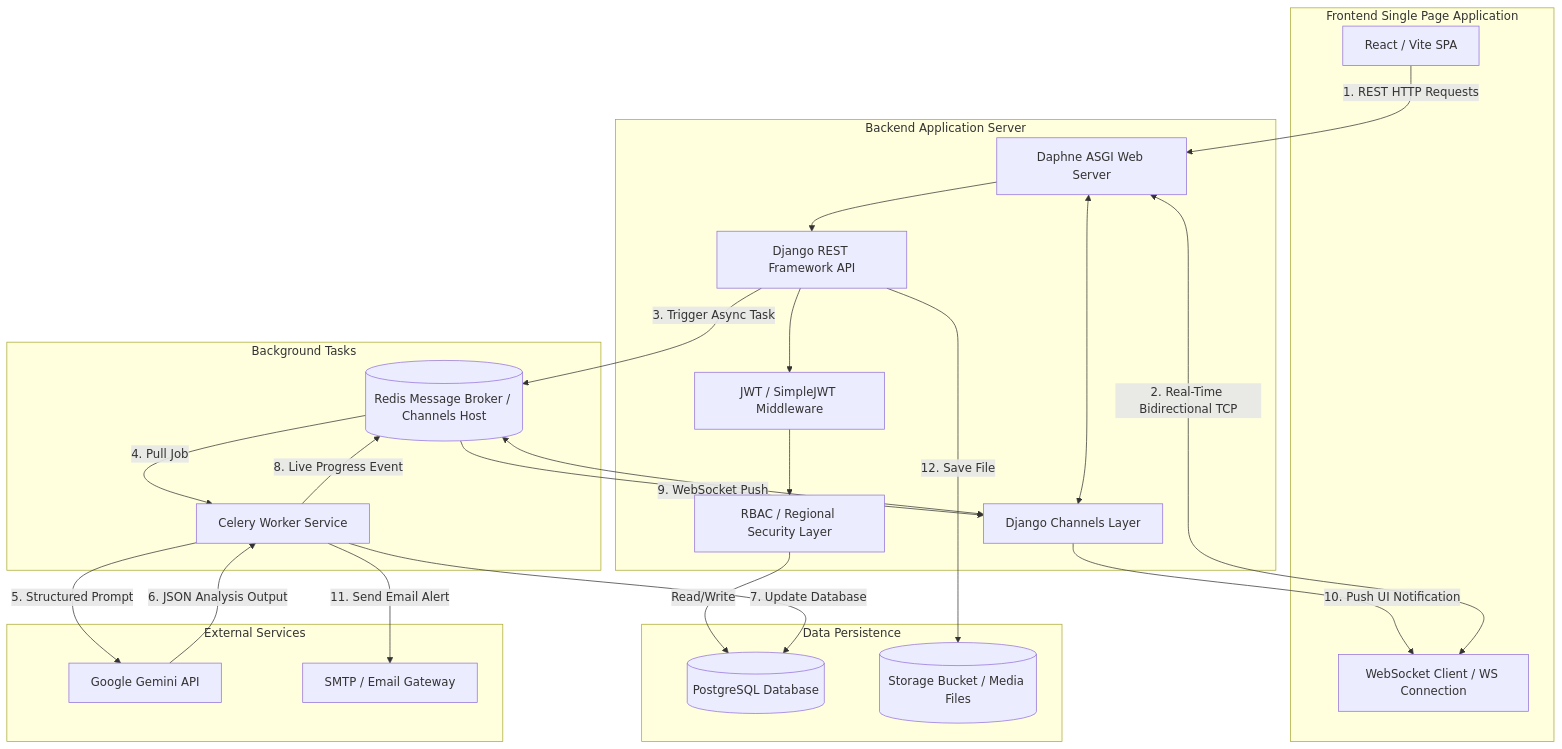
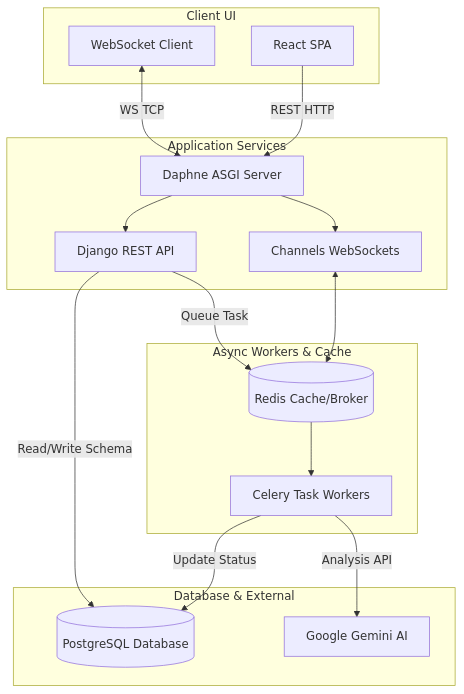
The diagram in systemDiscription.md (Umugisha01/SU-Final), drawn with Mermaid before and after one commit. The commit also changed other lines of this file and 148 other files, not shown here.

Commit message:
Save frontend and backend changes to save01

````diff
--- a/systemDiscription.md
+++ b/systemDiscription.md
@@ -11,54 +106,30 @@
 ```mermaid
 graph TD
-    subgraph Client [Frontend Single Page Application]
-        UI[React / Vite SPA]
-        WSClient[WebSocket Client / WS Connection]
+    subgraph Client [Client UI]
+        ReactUI[React SPA]
+        WebSocketConn[WebSocket Client]
     end
 
-    subgraph Server [Backend Application Server]
-        Daphne[Daphne ASGI Web Server]
-        DRF[Django REST Framework API]
-        Channels[Django Channels Layer]
-        Auth[JWT / SimpleJWT Middleware]
-        RBAC[RBAC / Regional Security Layer]
+    subgraph Service [Application Services]
+        DaphneASGI[Daphne ASGI Server]
+        DRF[Django REST API]
+        Channels[Channels WebSockets]
     end
 
-    subgraph Queue [Background Tasks]
-        Redis[(Redis Message Broker / Channels Host)]
-        Celery[Celery Worker Service]
+    subgraph Worker [Async Workers & Cache]
+        Redis[(Redis Cache/Broker)]
+        Celery[Celery Task Workers]
     end
 
-    subgraph Storage [Data Persistence]
-        DB[(PostgreSQL Database)]
-        LocalMedia[(Storage Bucket / Media Files)]
+    subgraph Database [Database & External]
+        PostgreSQL[(PostgreSQL Database)]
+        GeminiAPI[Google Gemini AI]
     end
 
-    subgraph LLM [External Services]
-        Gemini[Google Gemini API]
-        Email[SMTP / Email Gateway]
-    end
-
-    %% Communication Flows
-    UI -->|1. REST HTTP Requests| Daphne
-    Daphne --> DRF
-    DRF --> Auth
-    Auth --> RBAC
-    RBAC -->|Read/Write| DB
-    
-    WSClient <-->|2. Real-Time Bidirectional TCP| Daphne
-    Daphne <--> Channels
-    Channels <--> Redis
-    
-    DRF -->|3. Trigger Async Task| Redis
-    Redis -->|4. Pull Job| Celery
-    
-    Celery -->|5. Structured Prompt| Gemini
-    Gemini -->|6. JSON Analysis Output| Celery
-    Celery -->|7. Update Database| DB
-    Celery -->|8. Live Progress Event| Redis
-    Redis -->|9. WebSocket Push| Channels
-    Channels -->|10. Push UI Notification| WSClient
-    
-    Celery -->|11. Send Email Alert| Email
-    DRF -->|12. Save File| LocalMedia
+    ReactUI -->|REST HTTP| DaphneASGI --> DRF
+    WebSocketConn <-->|WS TCP| DaphneASGI --> Channels <--> Redis
+    DRF -->|Queue Task| Redis --> Celery
+    Celery -->|Analysis API| GeminiAPI
+    Celery -->|Update Status| PostgreSQL
+    DRF -->|Read/Write Schema| PostgreSQL
 ```
````
